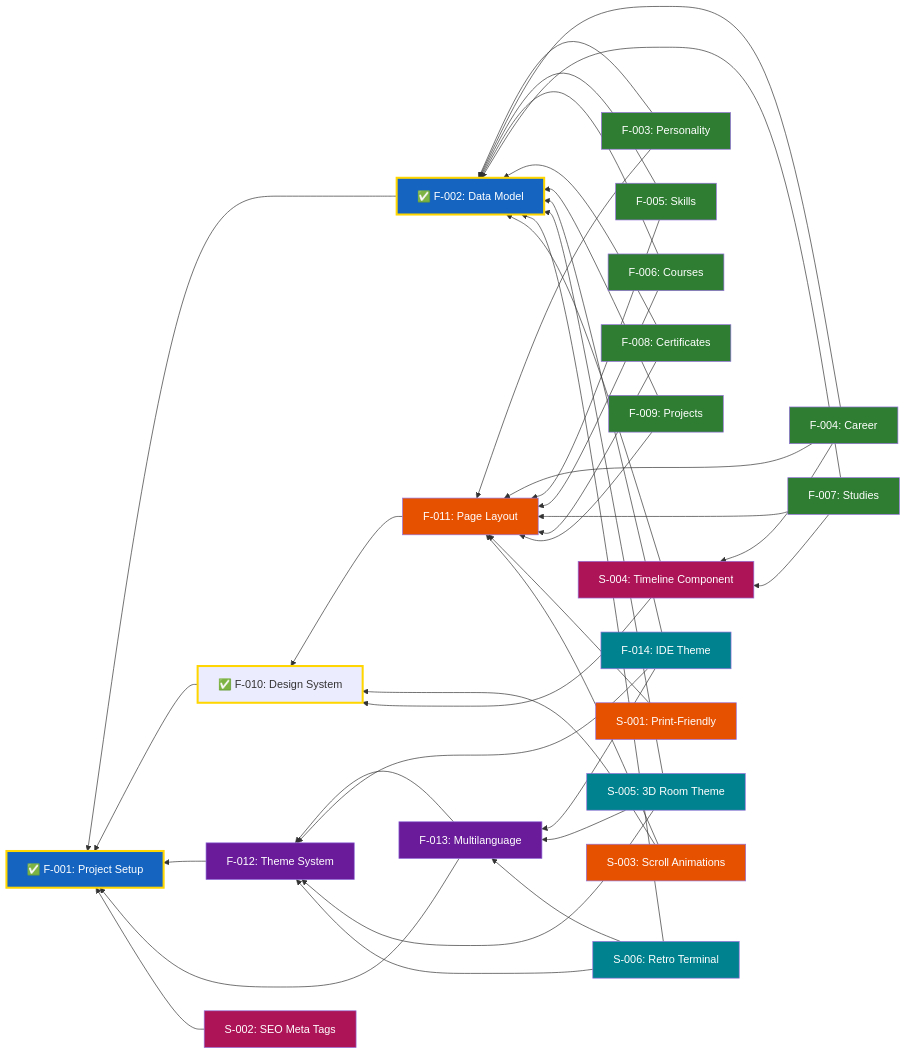
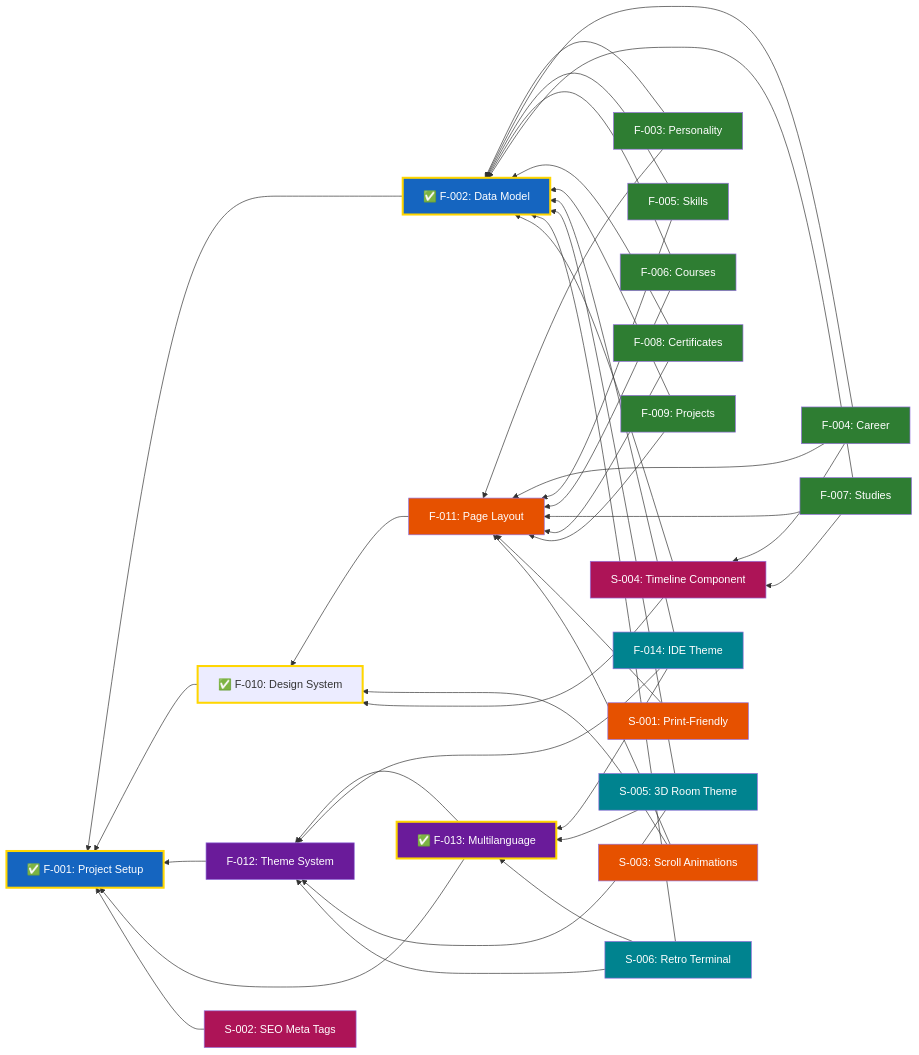
Before and after one commit to garcipat/cv-website: the diagram in docs/Features.md, drawn with Mermaid. The commit also changed other lines of this file and 17 other files, not shown here.

```diff
--- a/docs/Features.md
+++ b/docs/Features.md
@@ -91,7 +91,7 @@
     F010["✅ F-010: Design System"]
     F011["F-011: Page Layout"]
     F012["F-012: Theme System"]
-    F013["F-013: Multilanguage"]
+    F013["✅ F-013: Multilanguage"]
     F014["F-014: IDE Theme"]
     S001["S-001: Print-Friendly"]
     S002["S-002: SEO Meta Tags"]
@@ -154,6 +154,7 @@
     class F002 done
     class F001,F002 projectSetup
     class F010 done
+    class F013 done
     class F003,F004,F005,F006,F007,F008,F009 cvSections
     class F011,S001,S003 layoutNavigation
     class F012,F013 themeInfrastructure
```
